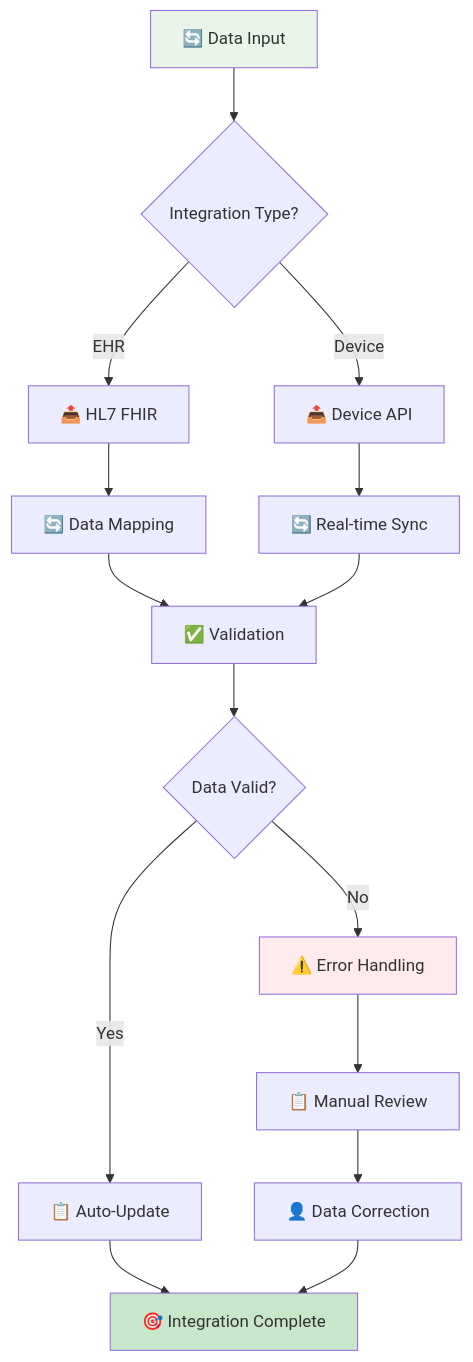
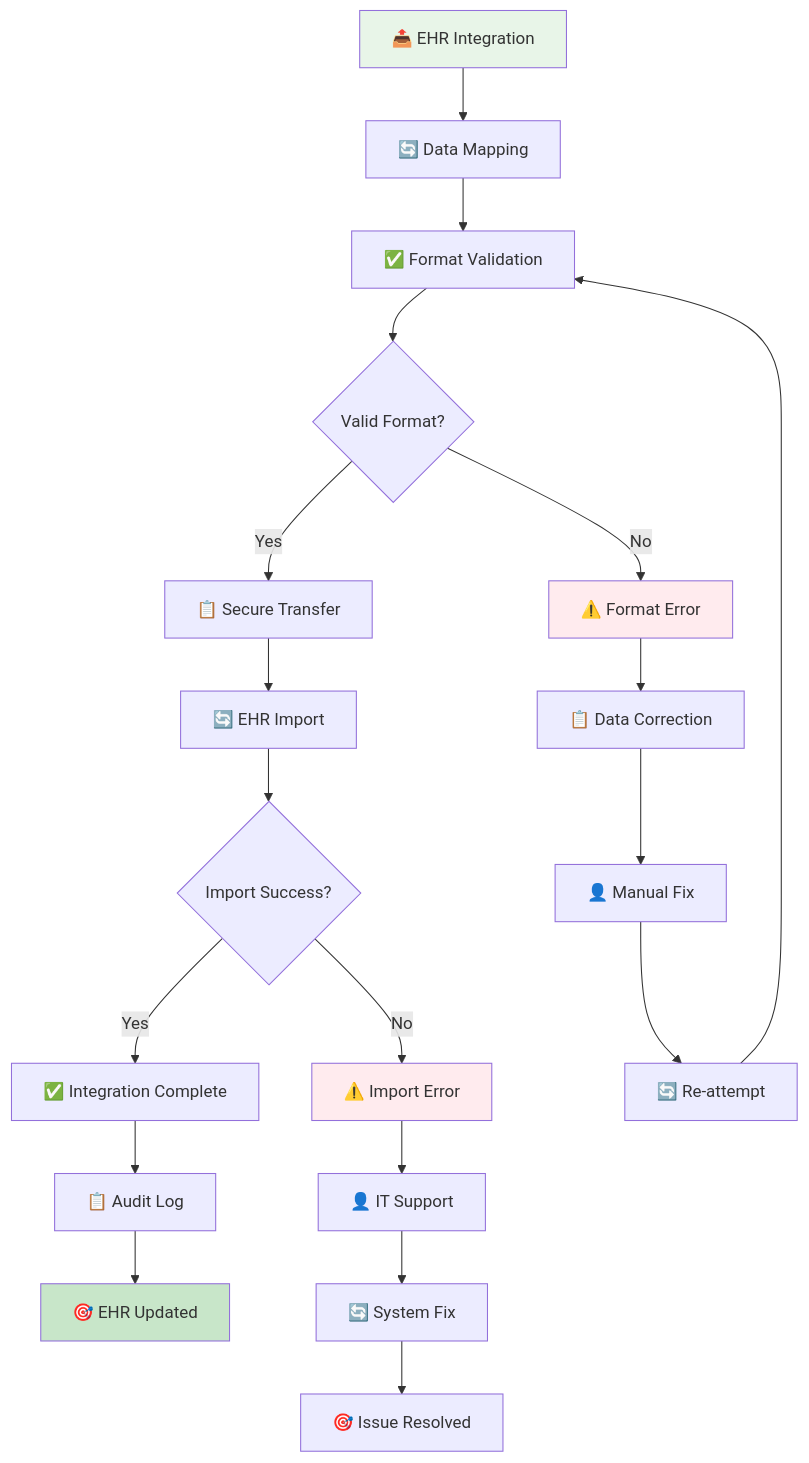
Before and after one commit to Duraman3444/PreExamChartingAgent: diagram 16 of 16 in docs/wireflow-diagrams.md, drawn with Mermaid. The commit also changed other lines of this file and 5 other files, not shown here.

````diff
--- a/docs/wireflow-diagrams.md
+++ b/docs/wireflow-diagrams.md
@@ -357,21 +507,26 @@
 ```mermaid
 flowchart TD
-    A[🔄 Data Input] --> B{Integration Type?}
-    B -->|EHR| C[📤 HL7 FHIR]
-    B -->|Device| D[📤 Device API]
-    C --> F[🔄 Data Mapping]
-    D --> G[🔄 Real-time Sync]
-    F --> I[✅ Validation]
-    G --> I
-    I --> J{Data Valid?}
-    J -->|Yes| K[📋 Auto-Update]
-    J -->|No| L[⚠️ Error Handling]
-    K --> M[🎯 Integration Complete]
-    L --> N[📋 Manual Review]
-    N --> O[👤 Data Correction]
-    O --> M
+    A[📤 EHR Integration] --> B[🔄 Data Mapping]
+    B --> C[✅ Format Validation]
+    C --> D{Valid Format?}
+    D -->|Yes| E[📋 Secure Transfer]
+    D -->|No| F[⚠️ Format Error]
+    E --> G[🔄 EHR Import]
+    F --> H[📋 Data Correction]
+    G --> I{Import Success?}
+    H --> J[👤 Manual Fix]
+    I -->|Yes| K[✅ Integration Complete]
+    I -->|No| L[⚠️ Import Error]
+    J --> M[🔄 Re-attempt]
+    K --> N[📋 Audit Log]
+    L --> O[👤 IT Support]
+    M --> C
+    N --> P[🎯 EHR Updated]
+    O --> Q[🔄 System Fix]
+    Q --> R[🎯 Issue Resolved]
     
     style A fill:#e8f5e8
-    style M fill:#c8e6c9
+    style P fill:#c8e6c9
+    style F fill:#ffebee
     style L fill:#ffebee
 ```
````
